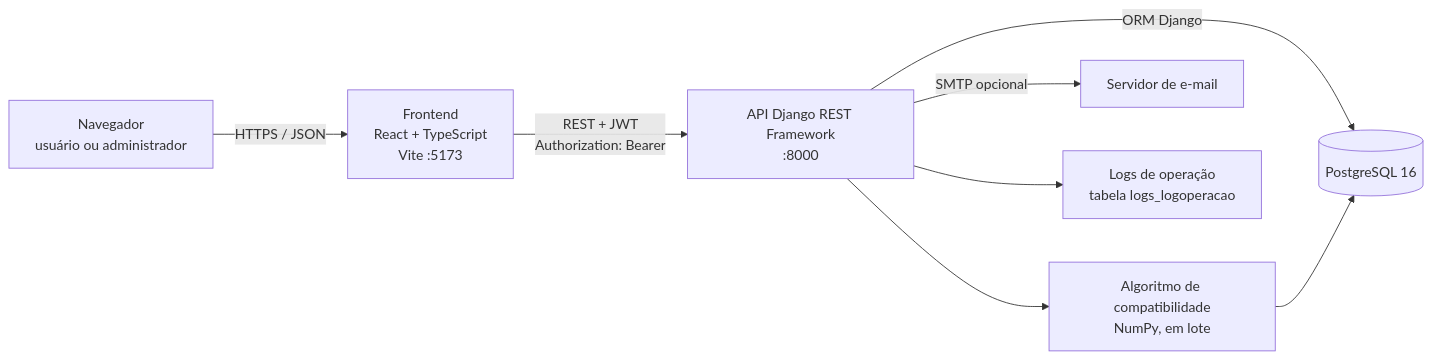
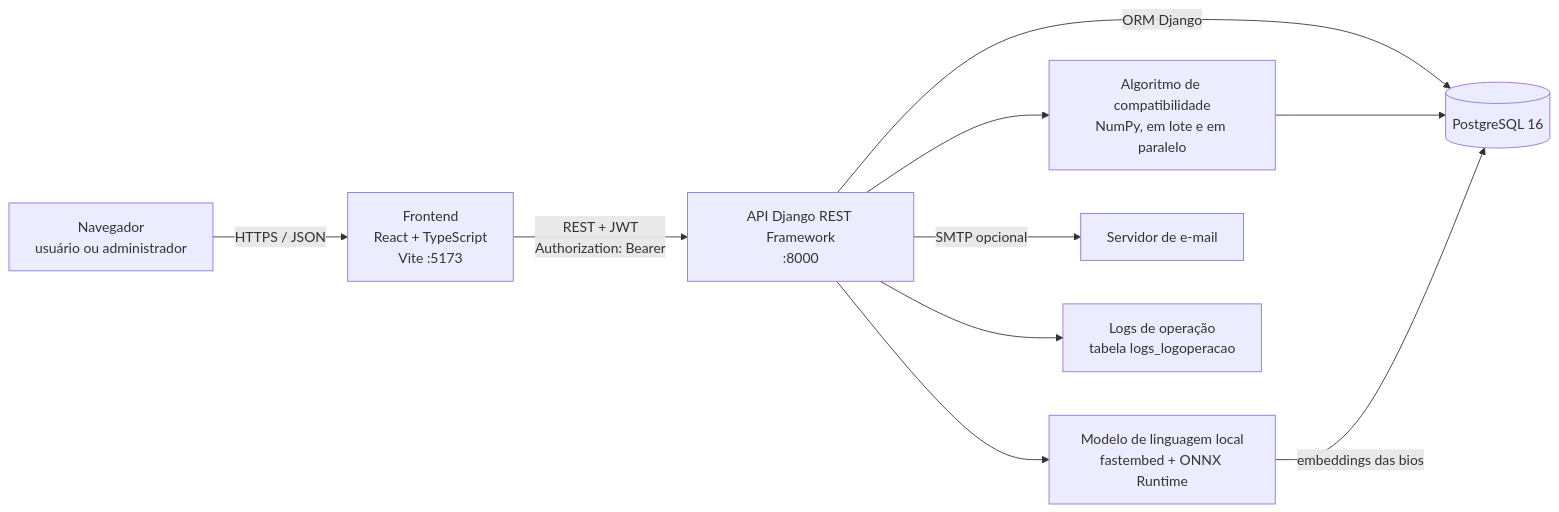
Before and after one commit to Math-Lins/PlaceMatch: the first of 2 diagrams in docs/manual-tecnico.md, drawn with Mermaid. The commit also changed other lines of this file and 156 other files, not shown here.

````diff
--- a/docs/manual-tecnico.md
+++ b/docs/manual-tecnico.md
@@ -38,10 +38,12 @@
 ```mermaid
 flowchart LR
     U[Navegador<br/>usuário ou administrador] -->|HTTPS / JSON| F[Frontend<br/>React + TypeScript<br/>Vite :5173]
     F -->|REST + JWT<br/>Authorization: Bearer| A[API Django REST Framework<br/>:8000]
     A -->|ORM Django| D[(PostgreSQL 16)]
-    A --> C[Algoritmo de compatibilidade<br/>NumPy, em lote]
+    A --> C[Algoritmo de compatibilidade<br/>NumPy, em lote e em paralelo]
     C --> D
+    A --> M[Modelo de linguagem local<br/>fastembed + ONNX Runtime]
+    M -->|embeddings das bios| D
     A -->|SMTP opcional| E[Servidor de e-mail]
     A --> L[Logs de operação<br/>tabela logs_logoperacao]
 ```
````
